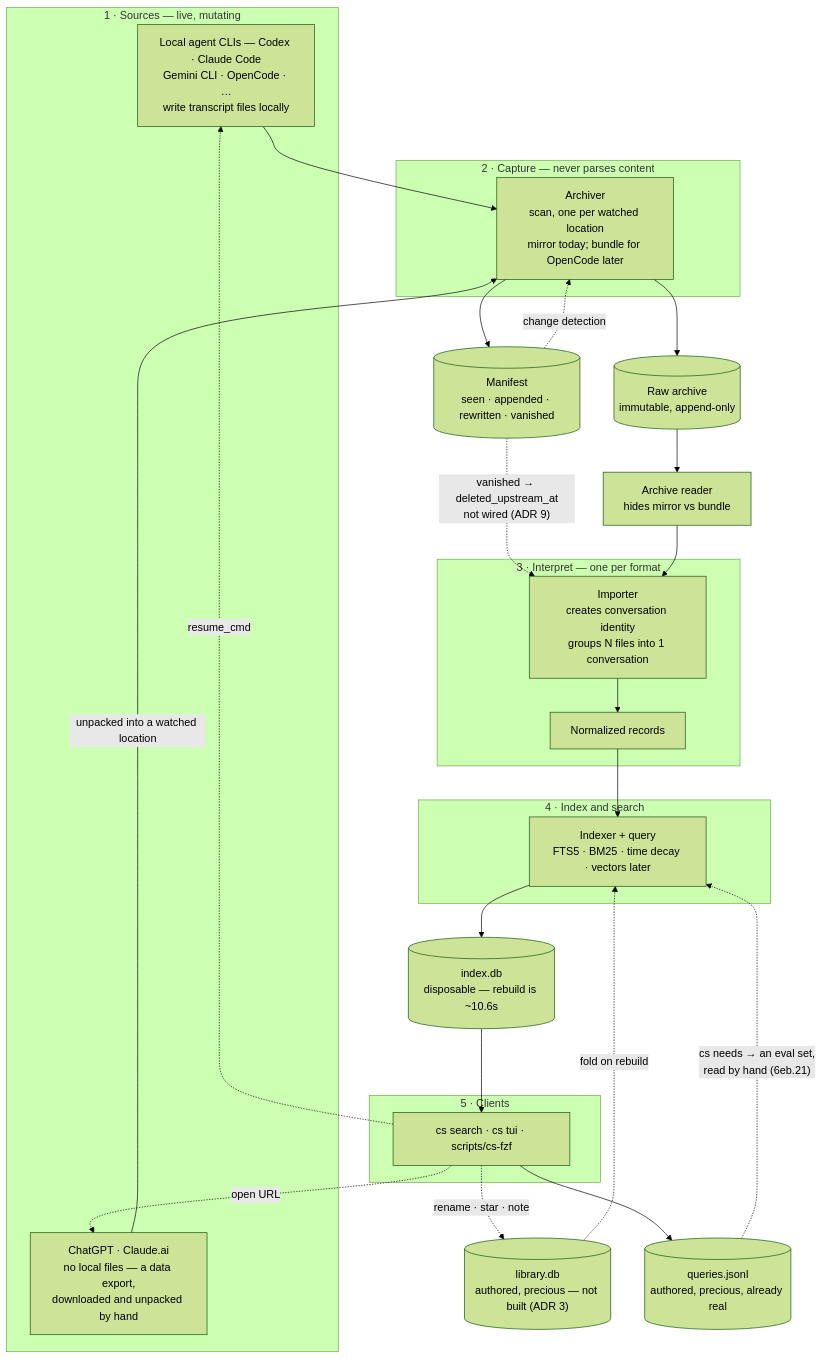
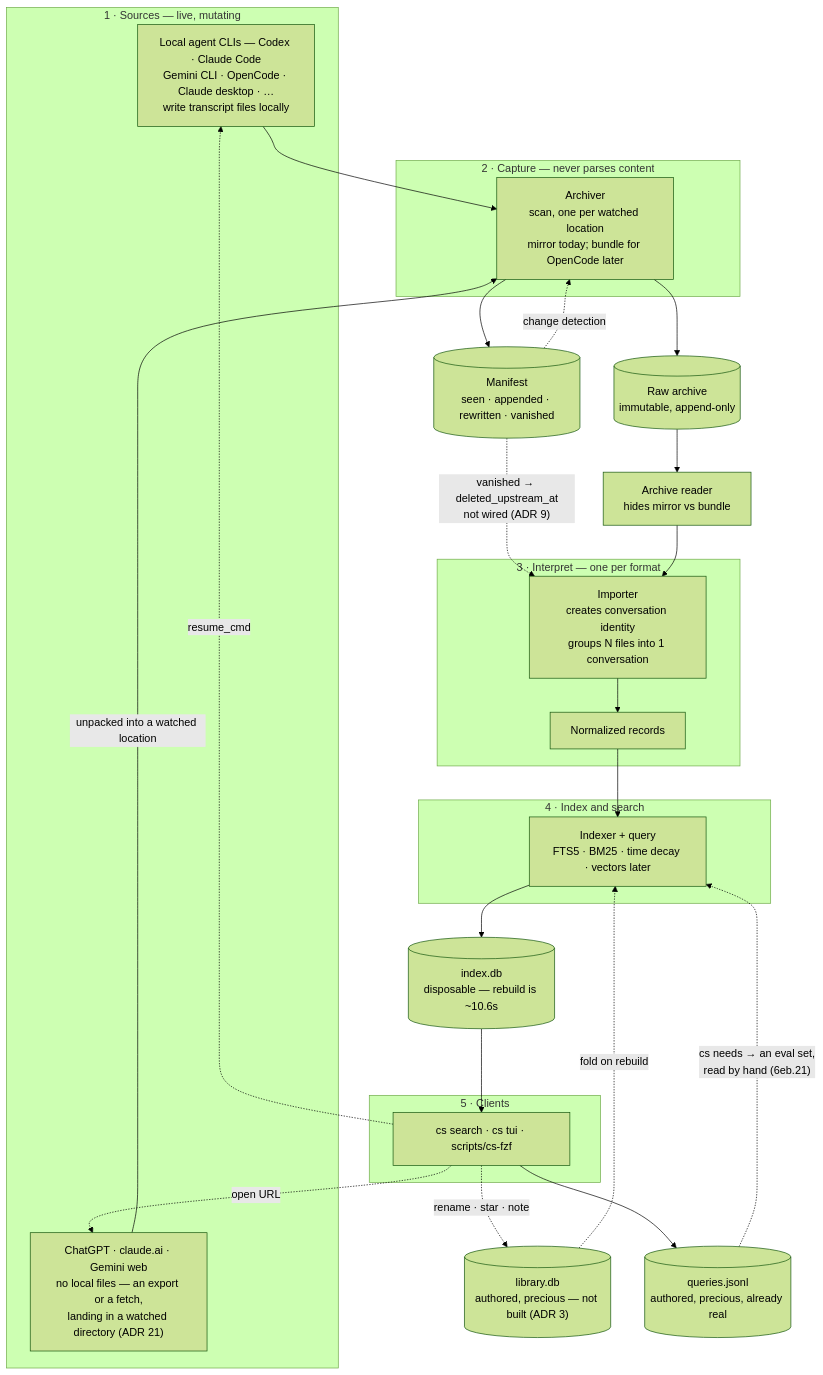
The first of 2 diagrams in docs/ARCHITECTURE.md (tylercrosse/chat-search), drawn with Mermaid (forest theme) before and after one commit. The commit also changed other lines of this file and 5 other files, not shown here.

````diff
--- a/docs/ARCHITECTURE.md
+++ b/docs/ARCHITECTURE.md
@@ -23,51 +23,51 @@
 ```mermaid
 flowchart TB
     subgraph SRC["1 · Sources — live, mutating"]
-        LOCAL["Local agent CLIs — Codex · Claude Code<br/>Gemini CLI · OpenCode · …<br/>write transcript files locally"]
-        REMOTE["ChatGPT · Claude.ai<br/>no local files — a data export,<br/>downloaded and unpacked by hand"]
+        LOCAL["Local agent CLIs — Codex · Claude Code<br/>Gemini CLI · OpenCode · Claude desktop · …<br/>write transcript files locally"]
+        REMOTE["ChatGPT · claude.ai · Gemini web<br/>no local files — an export or a fetch,<br/>landing in a watched directory (ADR 21)"]
     end
 
     subgraph CAP["2 · Capture — never parses content"]
         ARCH["Archiver<br/>scan, one per watched location<br/>mirror today; bundle for OpenCode later"]
     end
 
     RAW[("Raw archive<br/>immutable, append-only")]
     MAN[("Manifest<br/>seen · appended · rewritten · vanished")]
     READER["Archive reader<br/>hides mirror vs bundle"]
 
     subgraph INT["3 · Interpret — one per format"]
         IMP["Importer<br/>creates conversation identity<br/>groups N files into 1 conversation"]
         NORM["Normalized records"]
     end
 
     subgraph IDXG["4 · Index and search"]
         INDEXER["Indexer + query<br/>FTS5 · BM25 · time decay · vectors later"]
     end
 
     DB[("index.db<br/>disposable — rebuild is ~10.6s")]
     LIB[("library.db<br/>authored, precious — not built (ADR 3)")]
     QLOG[("queries.jsonl<br/>authored, precious, already real")]
 
     subgraph CL["5 · Clients"]
         CLIENTS["cs search · cs tui · scripts/cs-fzf"]
     end
 
     LOCAL --> ARCH
     REMOTE -->|"unpacked into a watched location"| ARCH
     ARCH --> RAW
     ARCH --> MAN
     MAN -. "change detection" .-> ARCH
     RAW --> READER
     MAN -. "vanished → deleted_upstream_at<br/>not wired (ADR 9)" .-> IMP
     READER --> IMP
     IMP --> NORM
     NORM --> INDEXER
     LIB -. "fold on rebuild" .-> INDEXER
     INDEXER --> DB
     DB --> CLIENTS
     CLIENTS --> QLOG
     QLOG -. "cs needs → an eval set,<br/>read by hand (6eb.21)" .-> INDEXER
     CLIENTS -. "rename · star · note" .-> LIB
     CLIENTS -. "resume_cmd" .-> LOCAL
     CLIENTS -. "open URL" .-> REMOTE
 ```
````
